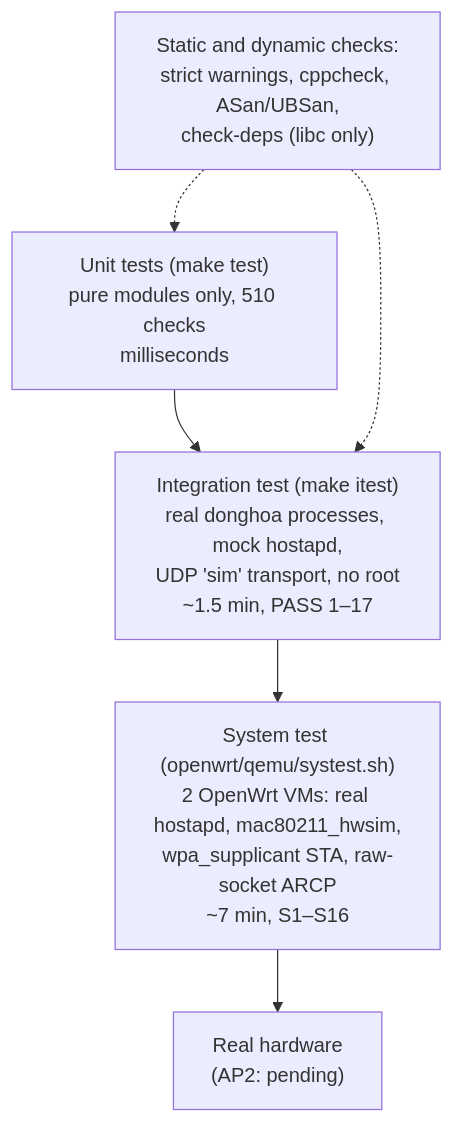
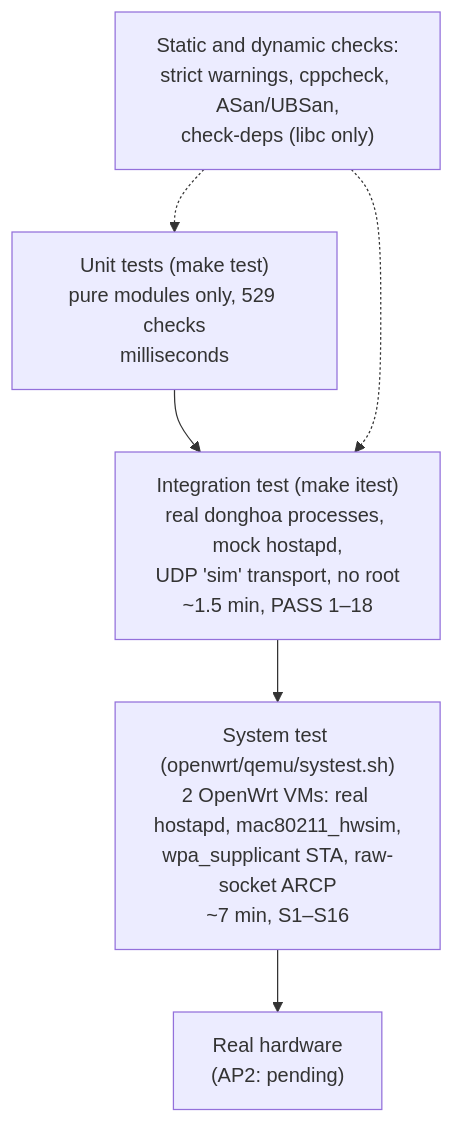
The diagram in docs/features/14-verification.md (ducndc/DongHoa), drawn with Mermaid before and after one commit. The commit also changed other lines of this file and 20 other files, not shown here.

````diff
--- a/docs/features/14-verification.md
+++ b/docs/features/14-verification.md
@@ -9,8 +9,8 @@
 ```mermaid
 flowchart TB
-    U["Unit tests (make test)<br/>pure modules only, 510 checks<br/>milliseconds"] --> I["Integration test (make itest)<br/>real donghoa processes, mock hostapd,<br/>UDP 'sim' transport, no root<br/>~1.5 min, PASS 1–17"]
+    U["Unit tests (make test)<br/>pure modules only, 529 checks<br/>milliseconds"] --> I["Integration test (make itest)<br/>real donghoa processes, mock hostapd,<br/>UDP 'sim' transport, no root<br/>~1.5 min, PASS 1–18"]
     I --> Q["System test (openwrt/qemu/systest.sh)<br/>2 OpenWrt VMs: real hostapd, mac80211_hwsim,<br/>wpa_supplicant STA, raw-socket ARCP<br/>~7 min, S1–S16"]
     Q --> H["Real hardware<br/>(AP2: pending)"]
     S["Static and dynamic checks:<br/>strict warnings, cppcheck, ASan/UBSan,<br/>check-deps (libc only)"] -.-> U
     S -.-> I
 ```
````
